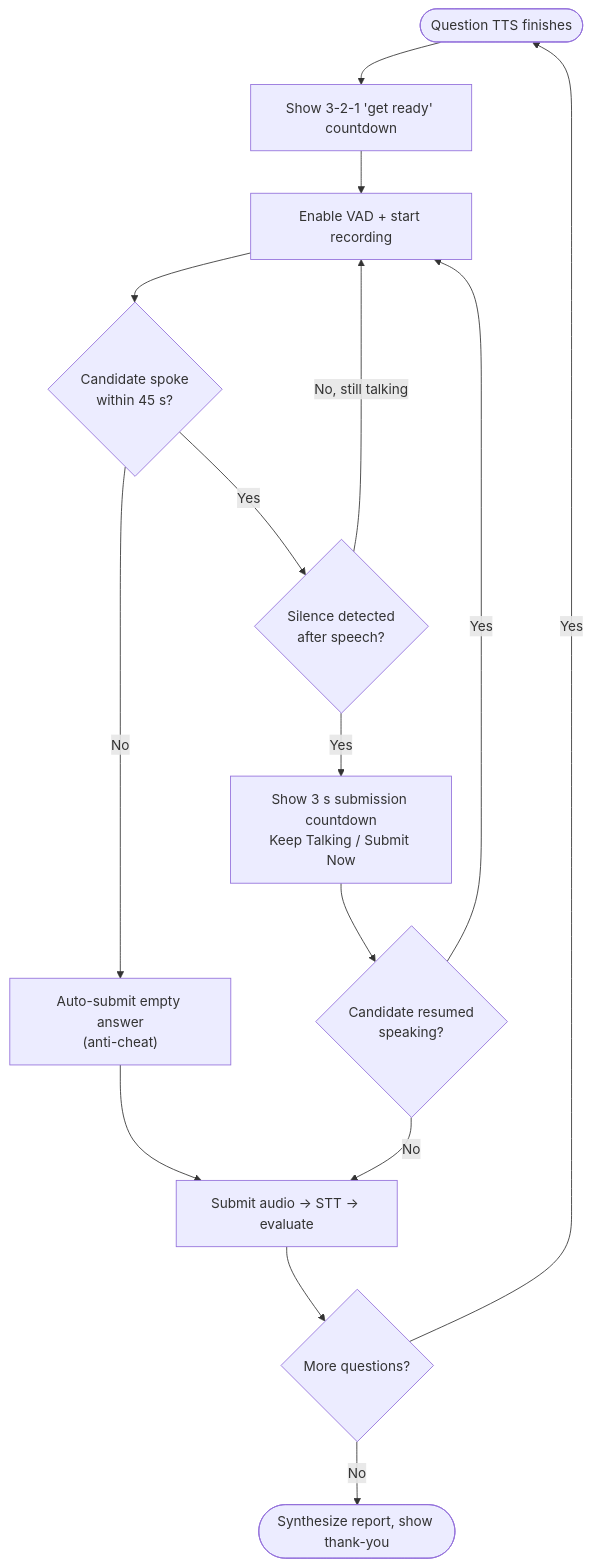
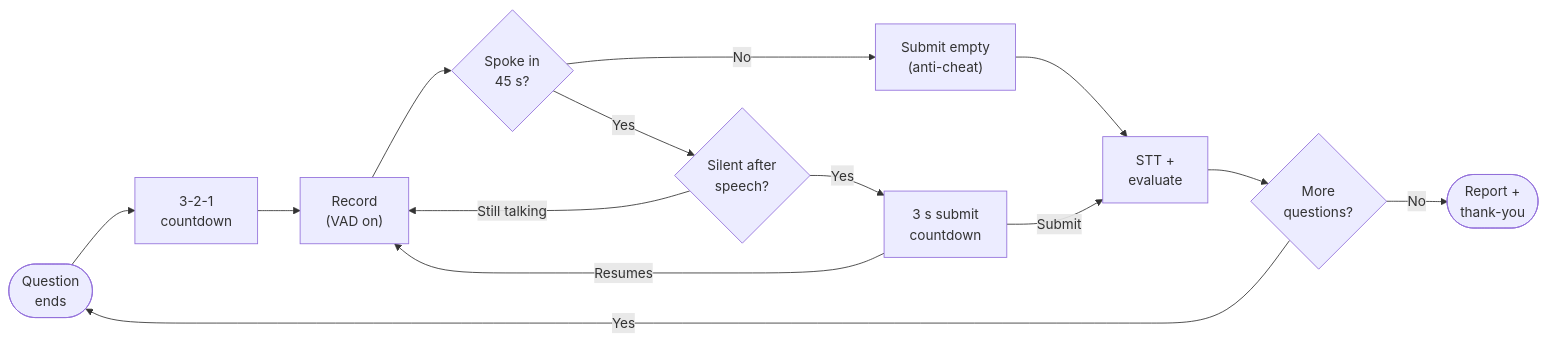
The ninth of 9 diagrams in docs/03-system-analysis-design.md (Pavlosss-uy/MyHR), drawn with Mermaid before and after one commit. The commit also changed other lines of this file and 12 other files, not shown here.

````diff
--- a/docs/03-system-analysis-design.md
+++ b/docs/03-system-analysis-design.md
@@ -364,17 +370,16 @@
 ```mermaid
-flowchart TB
-    START(["Question TTS finishes"]) --> CD["Show 3-2-1 'get ready' countdown"]
-    CD --> REC["Enable VAD + start recording"]
-    REC --> SPOKE{"Candidate spoke<br/>within 45 s?"}
-    SPOKE -->|No| EMPTY["Auto-submit empty answer<br/>(anti-cheat)"]
-    SPOKE -->|Yes| SILENCE{"Silence detected<br/>after speech?"}
-    SILENCE -->|No, still talking| REC
-    SILENCE -->|Yes| SUBCD["Show 3 s submission countdown<br/>Keep Talking / Submit Now"]
-    SUBCD --> RESUME{"Candidate resumed<br/>speaking?"}
-    RESUME -->|Yes| REC
-    RESUME -->|No| SUBMIT["Submit audio → STT → evaluate"]
+flowchart LR
+    START(["Question<br/>ends"]) --> CD["3-2-1<br/>countdown"]
+    CD --> REC["Record<br/>(VAD on)"]
+    REC --> SPOKE{"Spoke in<br/>45 s?"}
+    SPOKE -->|No| EMPTY["Submit empty<br/>(anti-cheat)"]
+    SPOKE -->|Yes| SILENCE{"Silent after<br/>speech?"}
+    SILENCE -->|Still talking| REC
+    SILENCE -->|Yes| SUBCD["3 s submit<br/>countdown"]
+    SUBCD -->|Resumes| REC
+    SUBCD -->|Submit| SUBMIT["STT +<br/>evaluate"]
     EMPTY --> SUBMIT
-    SUBMIT --> NEXT{"More questions?"}
+    SUBMIT --> NEXT{"More<br/>questions?"}
     NEXT -->|Yes| START
-    NEXT -->|No| DONE(["Synthesize report, show thank-you"])
+    NEXT -->|No| DONE(["Report +<br/>thank-you"])
 ```
````
